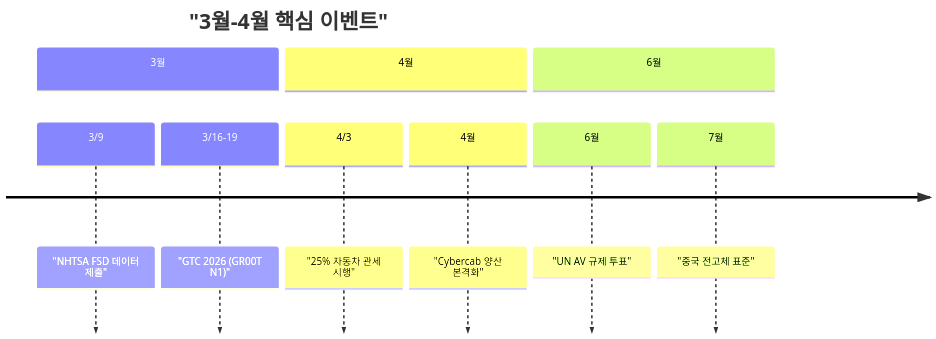
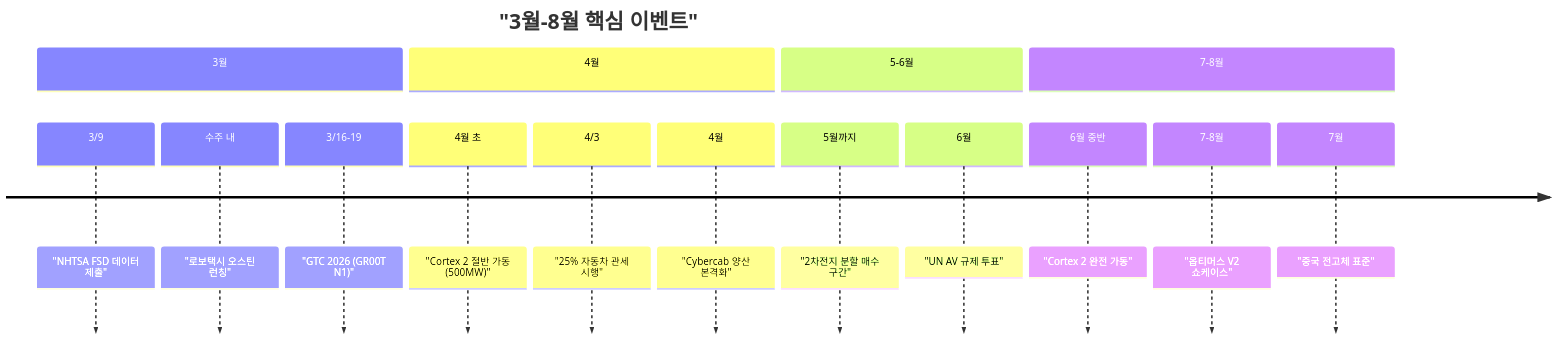
Before and after one commit to dss99911/dss99911.github.io: the fifth of 5 diagrams in _posts/knowledge/invest/2026-01-21-automotive-robotics-sector-outlook-2026.md, drawn with Mermaid. The commit also changed other lines of this file and 5 other files, not shown here.

````diff
--- a/_posts/knowledge/invest/2026-01-21-automotive-robotics-sector-outlook-2026.md
+++ b/_posts/knowledge/invest/2026-01-21-automotive-robotics-sector-outlook-2026.md
@@ -273,13 +369,19 @@
 ```mermaid
 timeline
-    title "3월-4월 핵심 이벤트"
+    title "3월-8월 핵심 이벤트"
     section 3월
         3/9 : "NHTSA FSD 데이터 제출"
+        수주 내 : "로보택시 오스틴 런칭"
         3/16-19 : "GTC 2026 (GR00T N1)"
     section 4월
+        4월 초 : "Cortex 2 절반 가동 (500MW)"
         4/3 : "25% 자동차 관세 시행"
         4월 : "Cybercab 양산 본격화"
-    section 6월
+    section 5-6월
+        5월까지 : "2차전지 분할 매수 구간"
         6월 : "UN AV 규제 투표"
+    section 7-8월
+        6월 중반 : "Cortex 2 완전 가동"
+        7-8월 : "옵티머스 V2 쇼케이스"
         7월 : "중국 전고체 표준"
 ```
````
